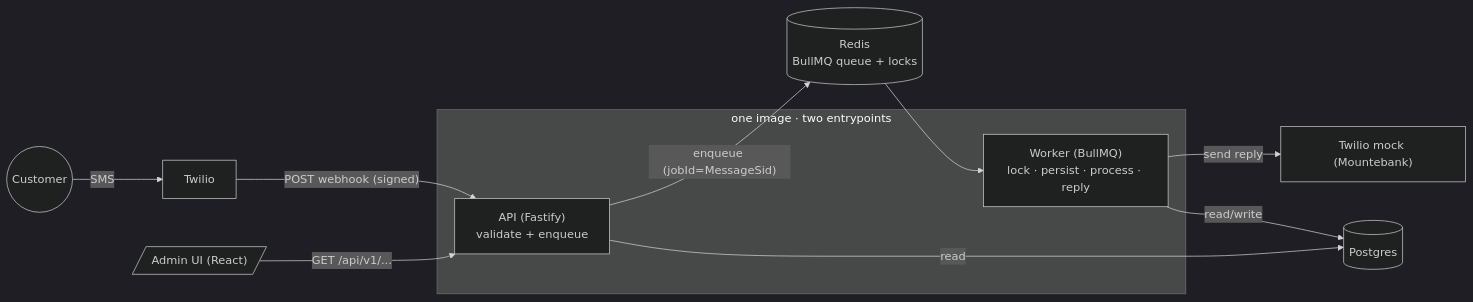
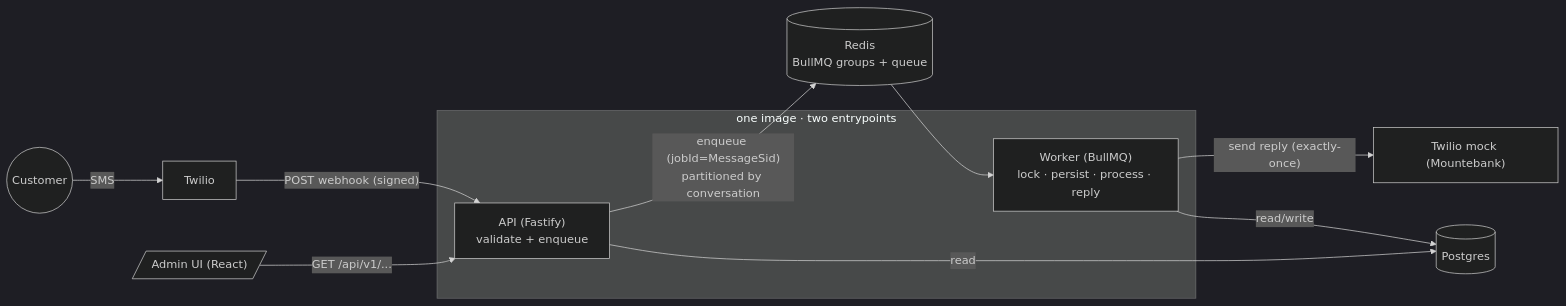
One commit to tonytcb/conversational-sms-test changed the first of 5 diagrams in docs/ARCHITECTURE.md. Above: the diagram before and after it, drawn with Mermaid (dark theme). The commit also changed other lines of this file and 3 other files, not shown here.

First line of the commit message:
docs: production-ready design — exactly-once send, ordering at scale, hot conversations

````diff
--- a/docs/ARCHITECTURE.md
+++ b/docs/ARCHITECTURE.md
@@ -13,15 +13,15 @@
 ```mermaid
 flowchart LR
   Customer((Customer)) -- SMS --> Twilio
   Twilio -- "POST webhook (signed)" --> API
   subgraph Backend [one image · two entrypoints]
     API["API (Fastify)\nvalidate + enqueue"]
     Worker["Worker (BullMQ)\nlock · persist · process · reply"]
   end
-  API -- "enqueue (jobId=MessageSid)" --> Redis[("Redis\nBullMQ queue + locks")]
+  API -- "enqueue (jobId=MessageSid)\npartitioned by conversation" --> Redis[("Redis\nBullMQ groups + queue")]
   Redis --> Worker
-  Worker -- "send reply" --> Mockbank["Twilio mock (Mountebank)"]
+  Worker -- "send reply (exactly-once)" --> Mockbank["Twilio mock (Mountebank)"]
   Worker -- "read/write" --> PG[("Postgres")]
   API -- "read" --> PG
   Admin[/"Admin UI (React)"/] -- "GET /api/v1/..." --> API
 ```
````
